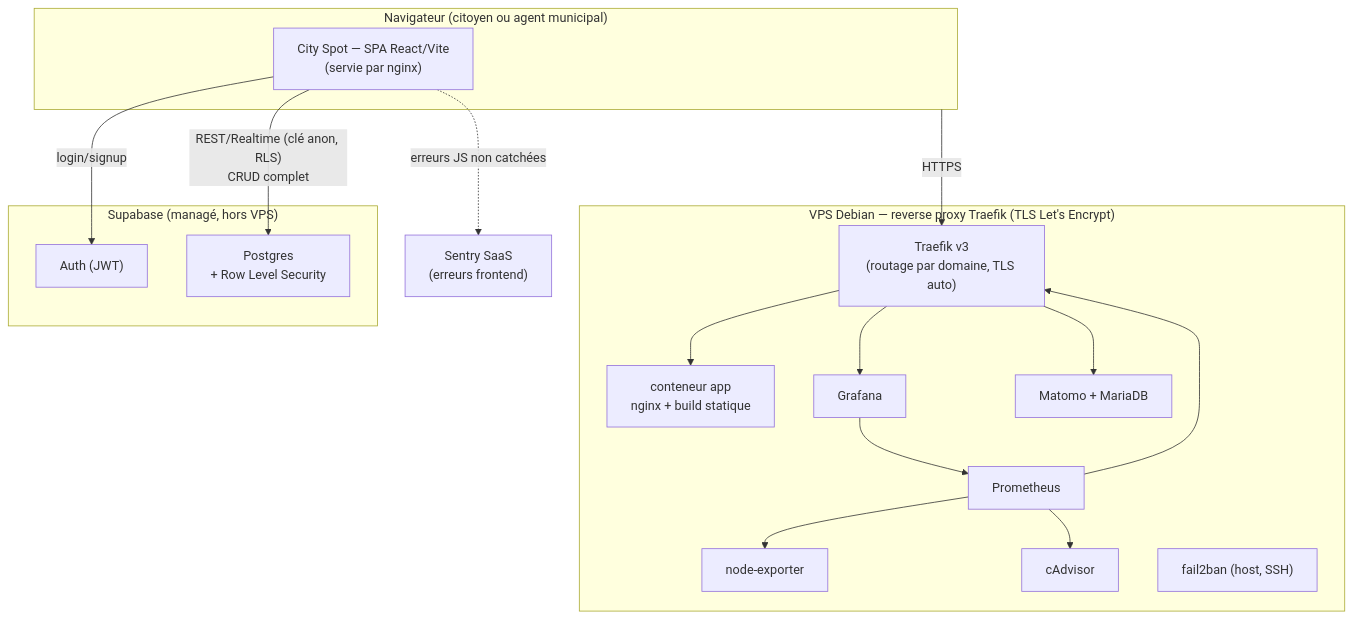
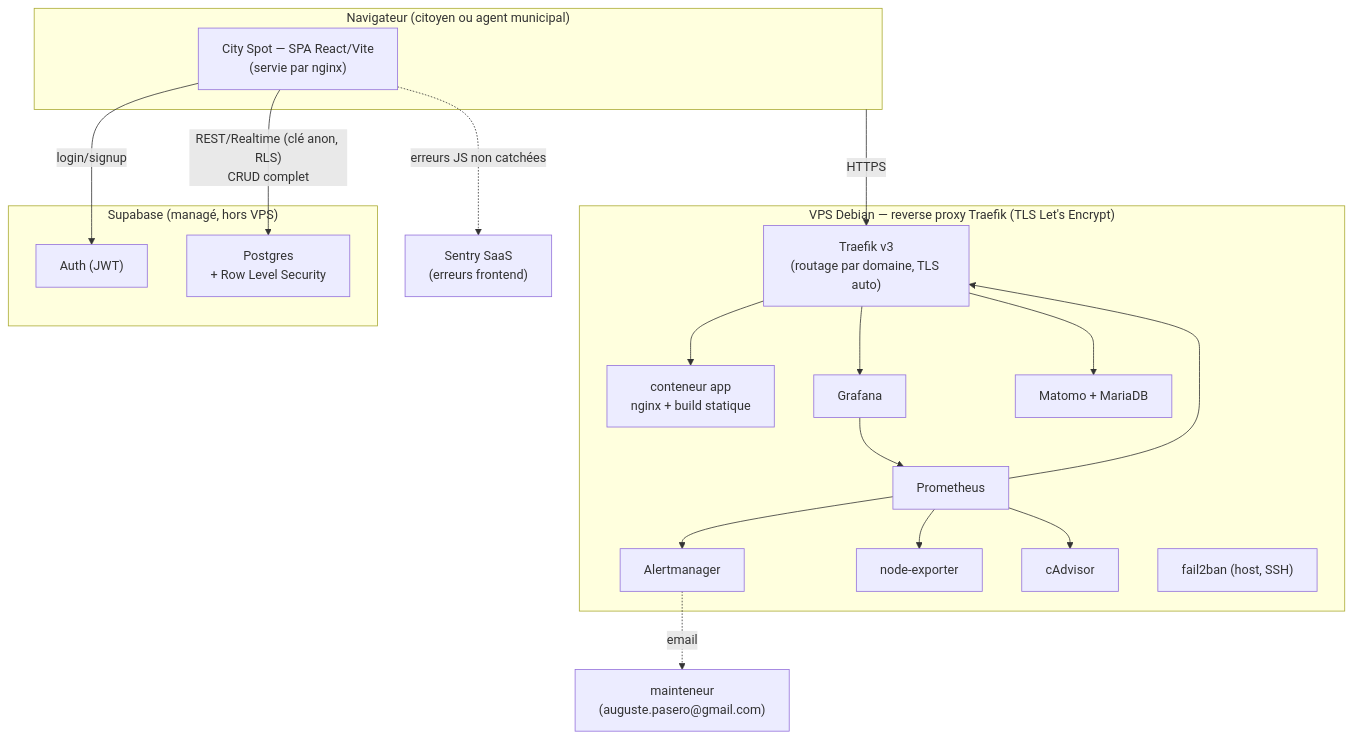
One commit to Auguste-p/Cityspot changed the diagram in docs/DOSSIER_CERTIFICATION.md. Above: the diagram before and after it, drawn with Mermaid. The commit also changed other lines of this file and 11 other files, not shown here.

````diff
--- a/docs/DOSSIER_CERTIFICATION.md
+++ b/docs/DOSSIER_CERTIFICATION.md
@@ -70,36 +70,39 @@
 ```mermaid
 flowchart TB
     subgraph Client["Navigateur (citoyen ou agent municipal)"]
         SPA["City Spot — SPA React/Vite\n(servie par nginx)"]
     end
 
     subgraph VPS["VPS Debian — reverse proxy Traefik (TLS Let's Encrypt)"]
         Traefik["Traefik v3\n(routage par domaine, TLS auto)"]
         App["conteneur app\nnginx + build statique"]
         Grafana["Grafana"]
         Prometheus["Prometheus"]
+        Alertmanager["Alertmanager"]
         NodeExp["node-exporter"]
         cAdvisor["cAdvisor"]
         Matomo["Matomo + MariaDB"]
         Fail2ban["fail2ban (host, SSH)"]
     end
 
     subgraph Supabase["Supabase (managé, hors VPS)"]
         Auth["Auth (JWT)"]
         DB["Postgres\n+ Row Level Security"]
     end
 
     Sentry["Sentry SaaS\n(erreurs frontend)"]
 
     Client -->|HTTPS| Traefik
     Traefik --> App
     Traefik --> Grafana
     Traefik --> Matomo
     SPA -->|"REST/Realtime (clé anon, RLS)\nCRUD complet"| DB
     SPA -->|"login/signup"| Auth
     SPA -.->|"erreurs JS non catchées"| Sentry
     Prometheus --> NodeExp
     Prometheus --> cAdvisor
     Prometheus --> Traefik
+    Prometheus --> Alertmanager
+    Alertmanager -.->|"email"| Mainteneur["mainteneur\n(auguste.pasero@gmail.com)"]
     Grafana --> Prometheus
 ```
````
